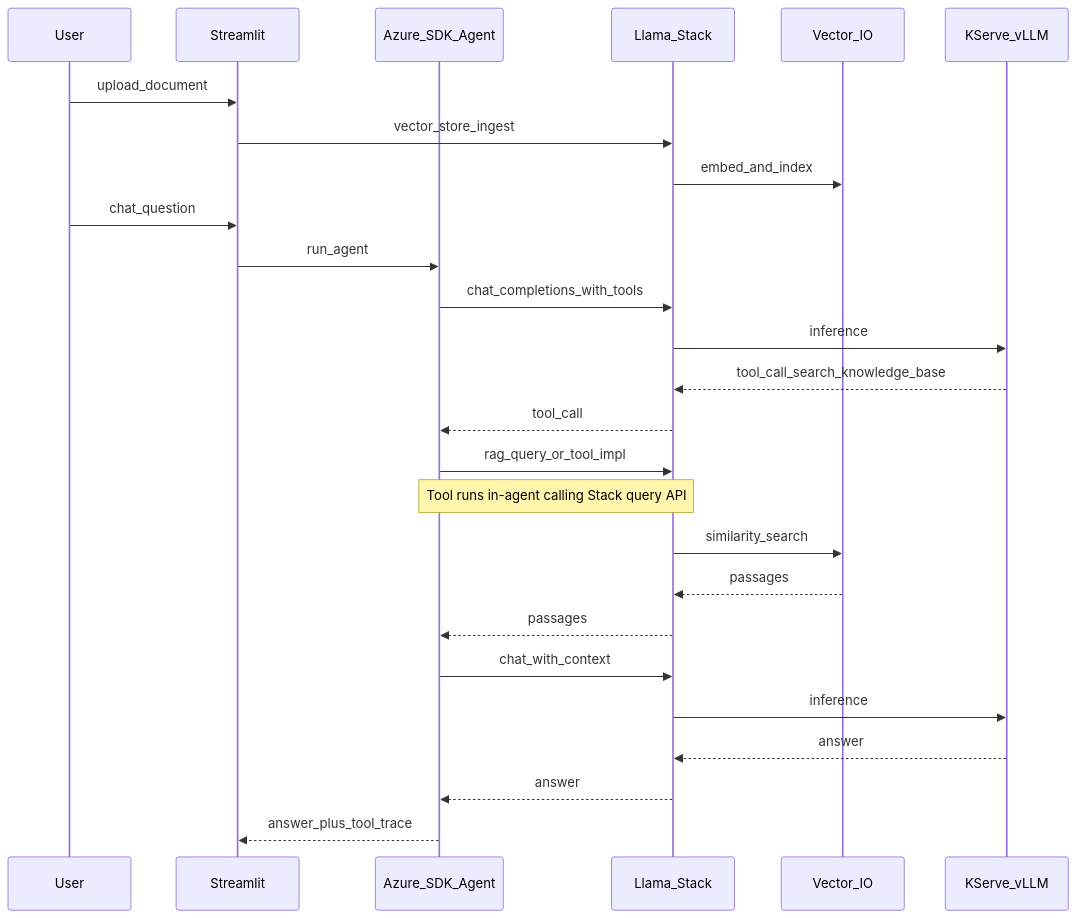
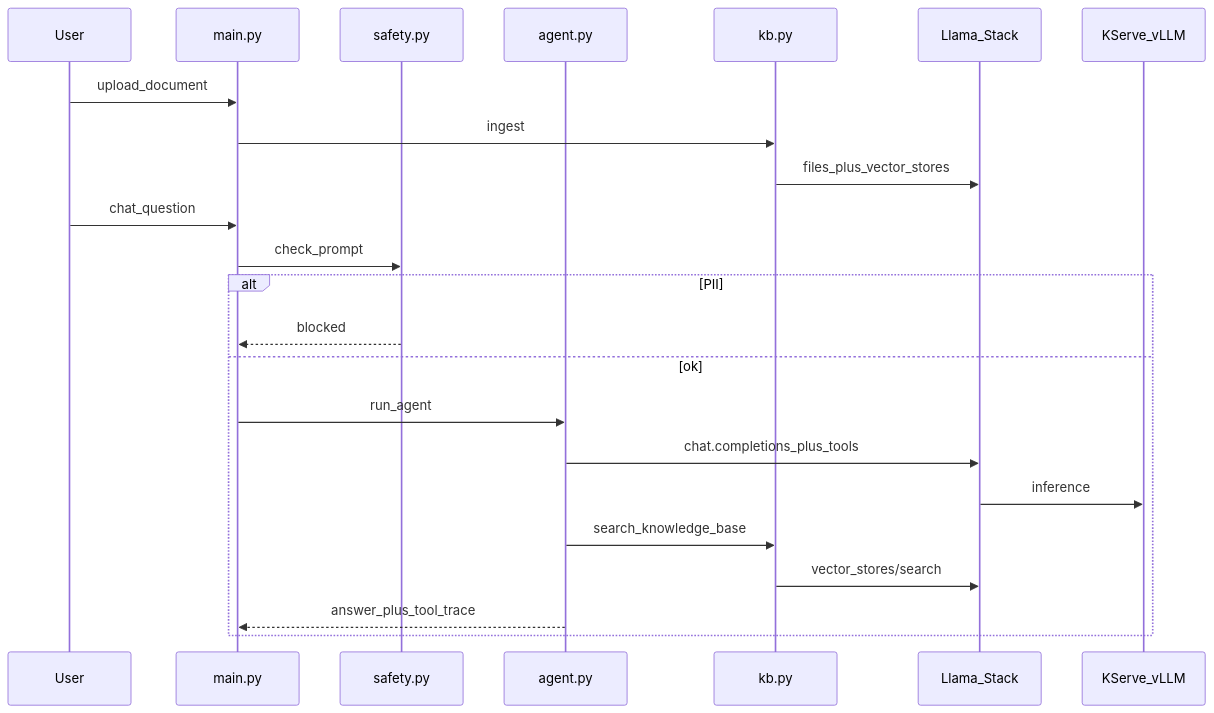
One commit to maschind/agent-azuresdk-demo changed the seventh of 7 diagrams in docs/SPEC.md. Above: the diagram before and after it, drawn with Mermaid. The commit also changed other lines of this file and 3 other files, not shown here.

````diff
--- a/docs/SPEC.md
+++ b/docs/SPEC.md
@@ -274,28 +273,25 @@
 ```mermaid
 sequenceDiagram
   participant U as User
-  participant UI as Streamlit
-  participant A as Azure_SDK_Agent
+  participant UI as main.py
+  participant Safe as safety.py
+  participant A as agent.py
+  participant K as kb.py
   participant S as Llama_Stack
-  participant V as Vector_IO
   participant M as KServe_vLLM
   U->>UI: upload_document
-  UI->>S: vector_store_ingest
-  S->>V: embed_and_index
+  UI->>K: ingest
+  K->>S: files_plus_vector_stores
   U->>UI: chat_question
-  UI->>A: run_agent
-  A->>S: chat_completions_with_tools
-  S->>M: inference
-  M-->>S: tool_call_search_knowledge_base
-  S-->>A: tool_call
-  A->>S: rag_query_or_tool_impl
-  Note over A,S: Tool runs in-agent calling Stack query API
-  S->>V: similarity_search
-  V-->>S: passages
-  S-->>A: passages
-  A->>S: chat_with_context
-  S->>M: inference
-  M-->>S: answer
-  S-->>A: answer
-  A-->>UI: answer_plus_tool_trace
+  UI->>Safe: check_prompt
+  alt PII
+    Safe-->>UI: blocked
+  else ok
+    UI->>A: run_agent
+    A->>S: chat.completions_plus_tools
+    S->>M: inference
+    A->>K: search_knowledge_base
+    K->>S: vector_stores/search
+    A-->>UI: answer_plus_tool_trace
+  end
 ```
````
